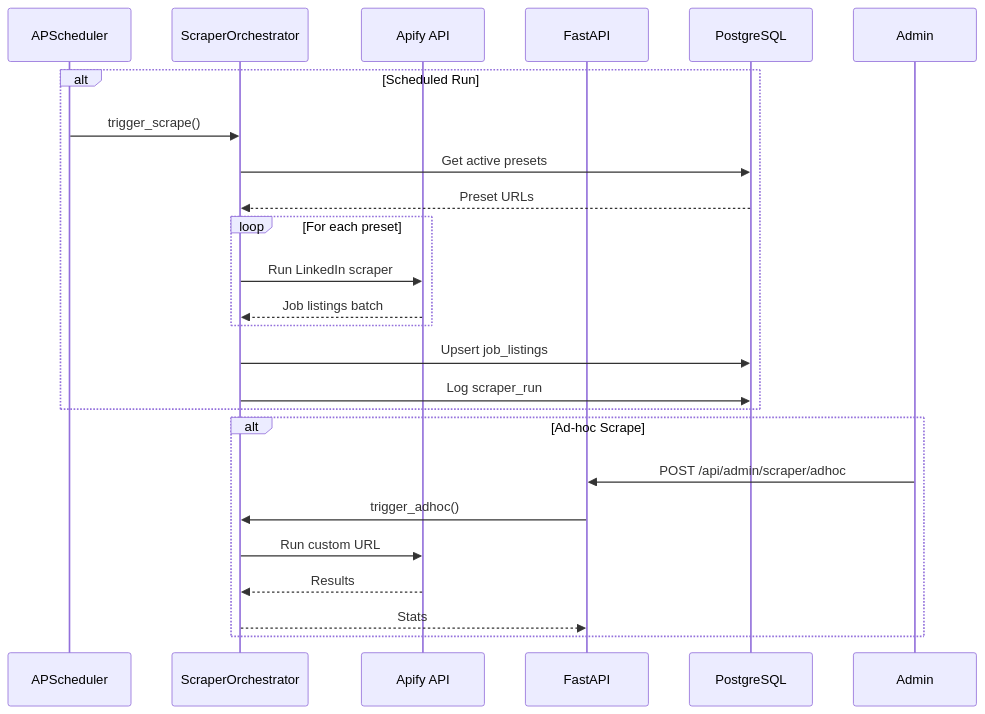
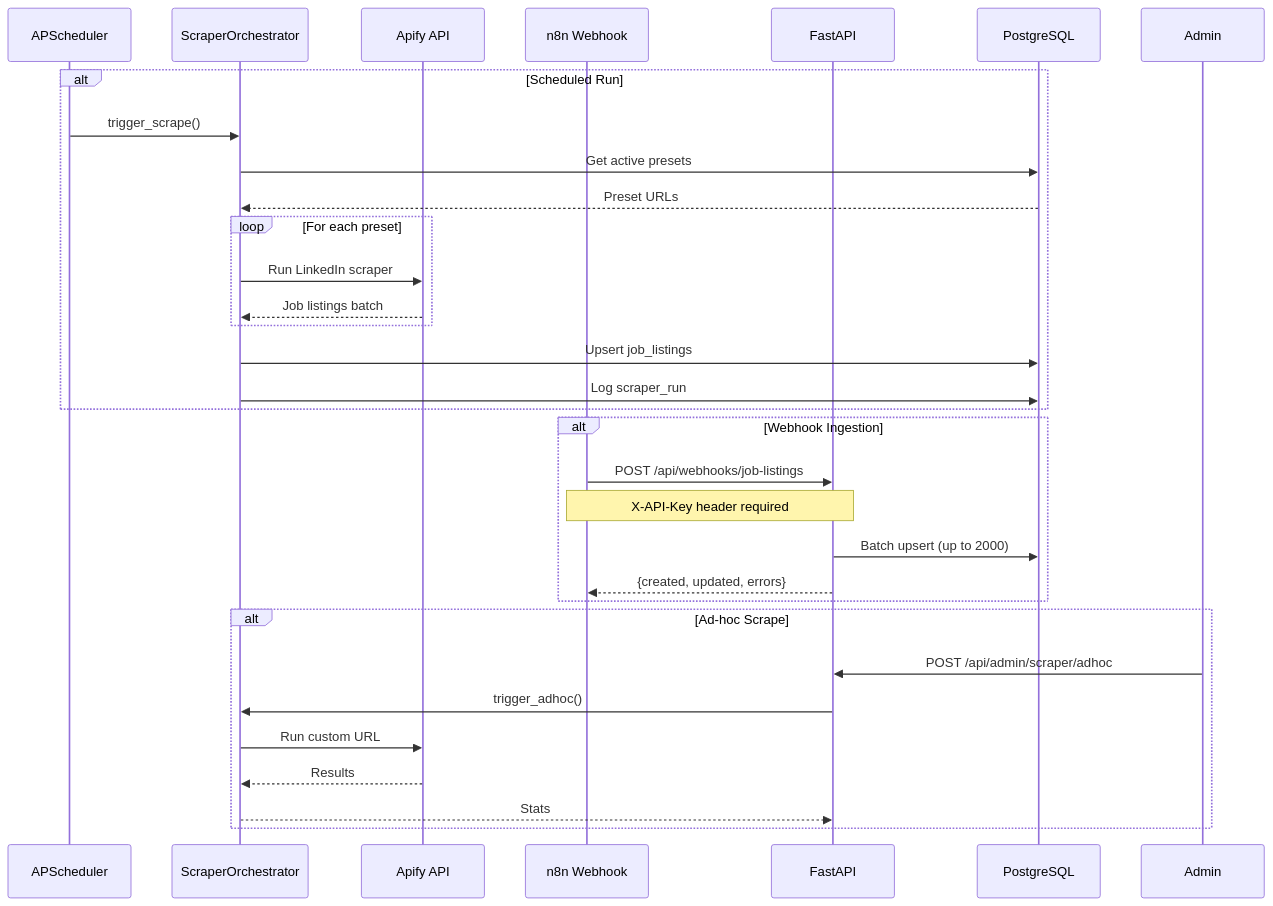
One commit to Sungchunn/AI-Resume-Tailor changed diagram 27 of 33 in docs/architecture/system-architecture.md. Above: the diagram before and after it, drawn with Mermaid. The commit also changed other lines of this file, not shown here.

First line of the commit message:
docs: update system architecture with webhook integration and schema corrections

````diff
--- a/docs/architecture/system-architecture.md
+++ b/docs/architecture/system-architecture.md
@@ -1648,30 +1711,38 @@
 ```mermaid
 sequenceDiagram
     participant Scheduler as APScheduler
     participant Orchestrator as ScraperOrchestrator
     participant Apify as Apify API
+    participant Webhook as n8n Webhook
     participant API as FastAPI
     participant DB as PostgreSQL
 
     alt Scheduled Run
         Scheduler->>Orchestrator: trigger_scrape()
         Orchestrator->>DB: Get active presets
         DB-->>Orchestrator: Preset URLs
 
         loop For each preset
             Orchestrator->>Apify: Run LinkedIn scraper
             Apify-->>Orchestrator: Job listings batch
         end
 
         Orchestrator->>DB: Upsert job_listings
         Orchestrator->>DB: Log scraper_run
     end
 
+    alt Webhook Ingestion
+        Webhook->>API: POST /api/webhooks/job-listings
+        Note over Webhook,API: X-API-Key header required
+        API->>DB: Batch upsert (up to 2000)
+        API-->>Webhook: {created, updated, errors}
+    end
+
     alt Ad-hoc Scrape
         Admin->>API: POST /api/admin/scraper/adhoc
         API->>Orchestrator: trigger_adhoc()
         Orchestrator->>Apify: Run custom URL
         Apify-->>Orchestrator: Results
         Orchestrator-->>API: Stats
     end
 ```
````
